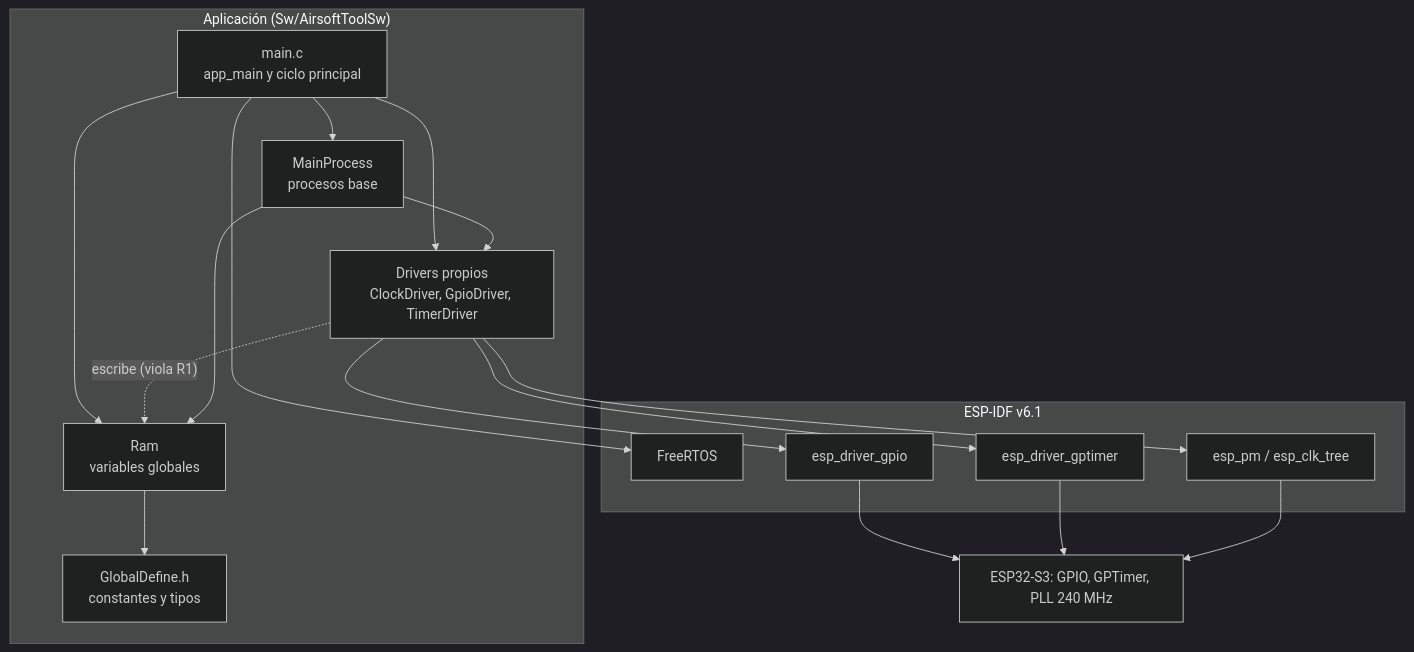
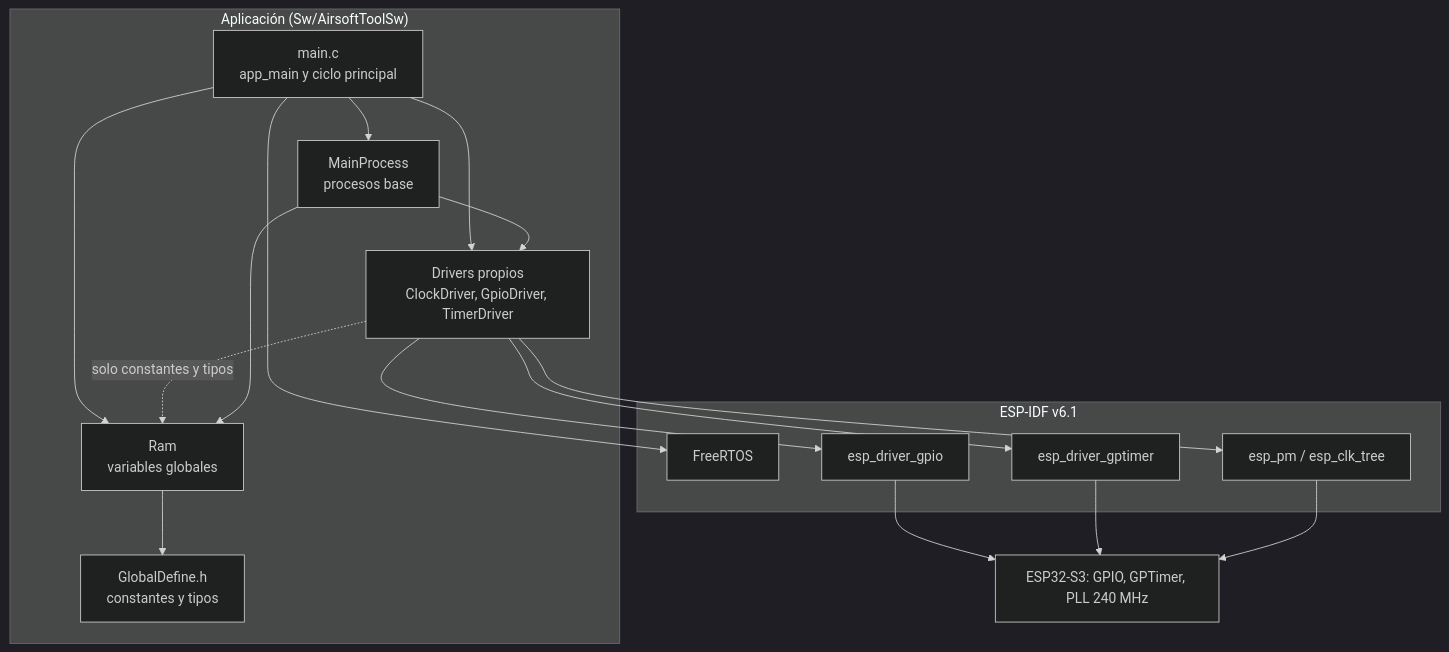
One commit to rodgutzal/Airsoft-MultipurposeGameModeTool changed the first of 6 diagrams in Sw/README.md. Above: the diagram before and after it, drawn with Mermaid (dark theme). The commit also changed other lines of this file and 8 other files, not shown here.

````diff
--- a/Sw/README.md
+++ b/Sw/README.md
@@ -11,31 +11,31 @@
 ```mermaid
 flowchart TB
   subgraph APP["Aplicación (Sw/AirsoftToolSw)"]
     MAIN["main.c<br/>app_main y ciclo principal"]
     MP["MainProcess<br/>procesos base"]
     RAM["Ram<br/>variables globales"]
     DRV["Drivers propios<br/>ClockDriver, GpioDriver, TimerDriver"]
     GD["GlobalDefine.h<br/>constantes y tipos"]
   end
   subgraph IDF["ESP-IDF v6.1"]
     FR["FreeRTOS"]
     GPIO["esp_driver_gpio"]
     GPT["esp_driver_gptimer"]
     PM["esp_pm / esp_clk_tree"]
   end
   HW["ESP32-S3: GPIO, GPTimer, PLL 240 MHz"]
   MAIN --> MP
   MAIN --> RAM
   MAIN --> DRV
   MP --> DRV
-  DRV -. "escribe (viola R1)" .-> RAM
+  DRV -. "solo constantes y tipos" .-> RAM
   MP --> RAM
   RAM --> GD
   DRV --> PM
   DRV --> GPIO
   DRV --> GPT
   MAIN --> FR
   GPIO --> HW
   GPT --> HW
   PM --> HW
 ```
````
